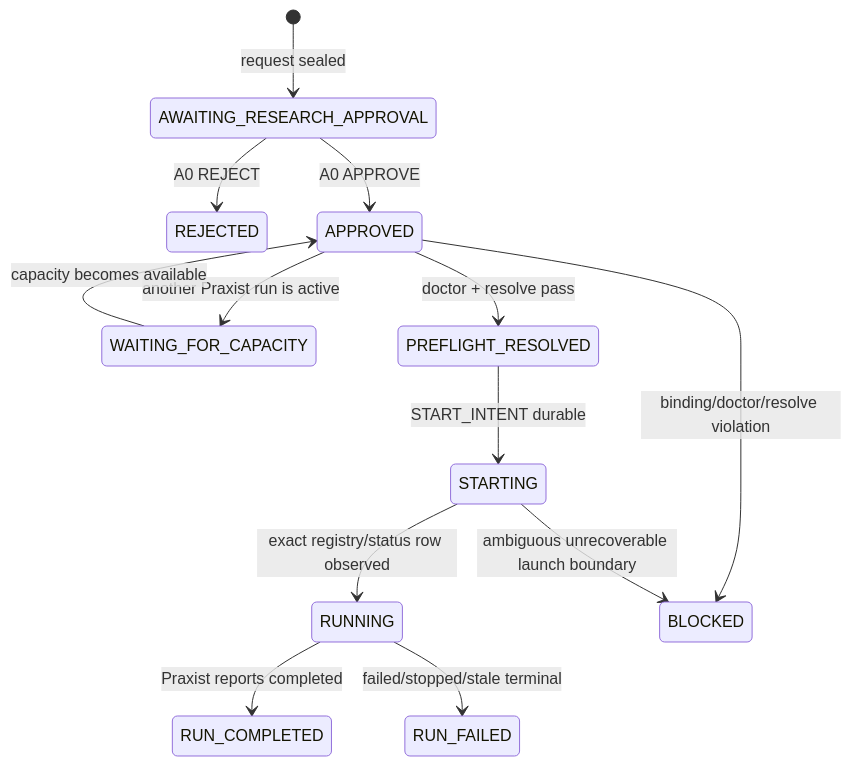
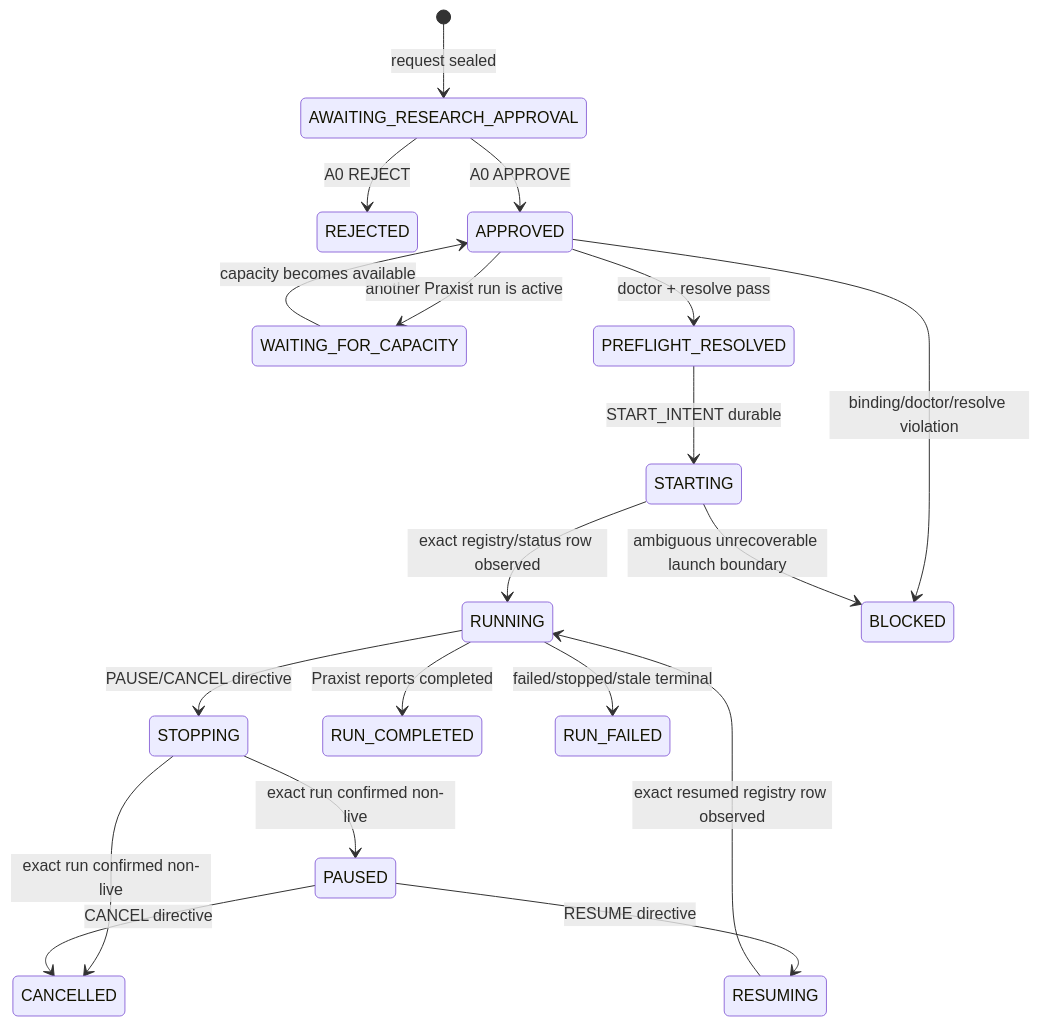
The diagram in docs/specs/research-control-plane.md (ronaldzgithub/VolvenceZero), drawn with Mermaid before and after one commit. The commit also changed other lines of this file and 71 other files, not shown here.

````diff
--- a/docs/specs/research-control-plane.md
+++ b/docs/specs/research-control-plane.md
@@ -150,15 +173,21 @@
 ```mermaid
 stateDiagram-v2
     [*] --> AWAITING_RESEARCH_APPROVAL: request sealed
     AWAITING_RESEARCH_APPROVAL --> REJECTED: A0 REJECT
     AWAITING_RESEARCH_APPROVAL --> APPROVED: A0 APPROVE
     APPROVED --> WAITING_FOR_CAPACITY: another Praxist run is active
     WAITING_FOR_CAPACITY --> APPROVED: capacity becomes available
     APPROVED --> PREFLIGHT_RESOLVED: doctor + resolve pass
     PREFLIGHT_RESOLVED --> STARTING: START_INTENT durable
     STARTING --> RUNNING: exact registry/status row observed
+    RUNNING --> STOPPING: PAUSE/CANCEL directive
+    STOPPING --> PAUSED: exact run confirmed non-live
+    STOPPING --> CANCELLED: exact run confirmed non-live
+    PAUSED --> RESUMING: RESUME directive
+    RESUMING --> RUNNING: exact resumed registry row observed
+    PAUSED --> CANCELLED: CANCEL directive
     RUNNING --> RUN_COMPLETED: Praxist reports completed
     RUNNING --> RUN_FAILED: failed/stopped/stale terminal
     APPROVED --> BLOCKED: binding/doctor/resolve violation
     STARTING --> BLOCKED: ambiguous unrecoverable launch boundary
 ```
````
